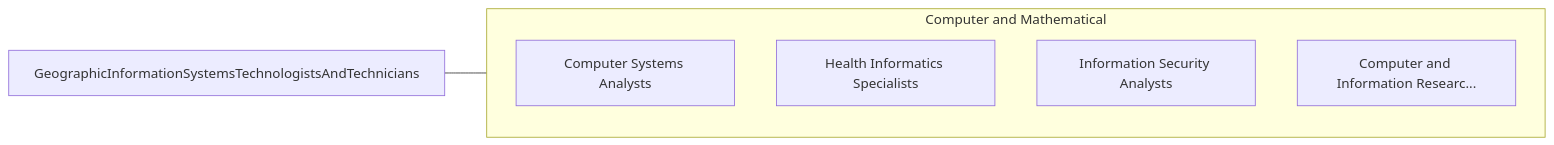
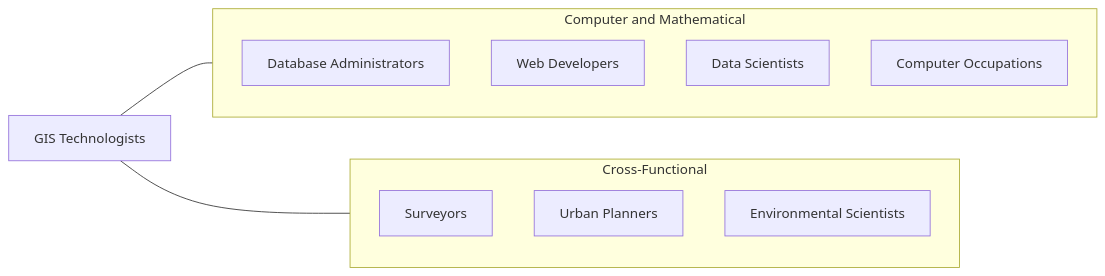
Before and after one commit to kziemski/business.org.ai: the third of 4 diagrams in occupations/Technology/GeographicInformationSystemsTechnologistsAndTechnicians.mdx, drawn with Mermaid. The commit also changed other lines of this file and 938 other files, not shown here.

````diff
--- a/occupations/Technology/GeographicInformationSystemsTechnologistsAndTechnicians.mdx
+++ b/occupations/Technology/GeographicInformationSystemsTechnologistsAndTechnicians.mdx
@@ -124,13 +191,20 @@
 ```mermaid
 graph LR
-    Current["GeographicInformationSystemsTechnologistsAndTechnicians"]
+    Current["GIS Technologists"]
 
     subgraph SameCategory["Computer and Mathematical"]
-        ComputerSystemsAnaly["Computer Systems Analysts"]
-        HealthInformaticsSpe["Health Informatics Specialists"]
-        InformationSecurityA["Information Security Analysts"]
-        ComputerAndInformati["Computer and Information Researc..."]
+        DBA["Database Administrators"]
+        WD["Web Developers"]
+        DS["Data Scientists"]
+        CO["Computer Occupations"]
+    end
+
+    subgraph CrossFunctional["Cross-Functional"]
+        Sur["Surveyors"]
+        UP["Urban Planners"]
+        Env["Environmental Scientists"]
     end
 
     Current --- SameCategory
+    Current --- CrossFunctional
 ```
````
